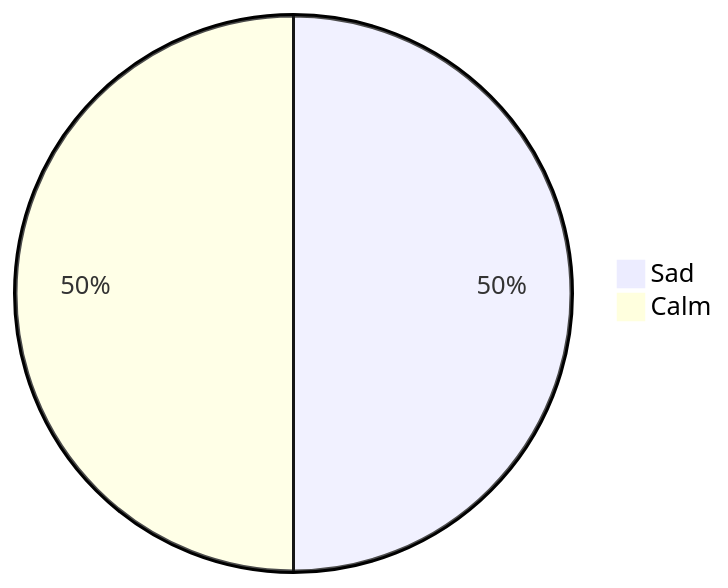
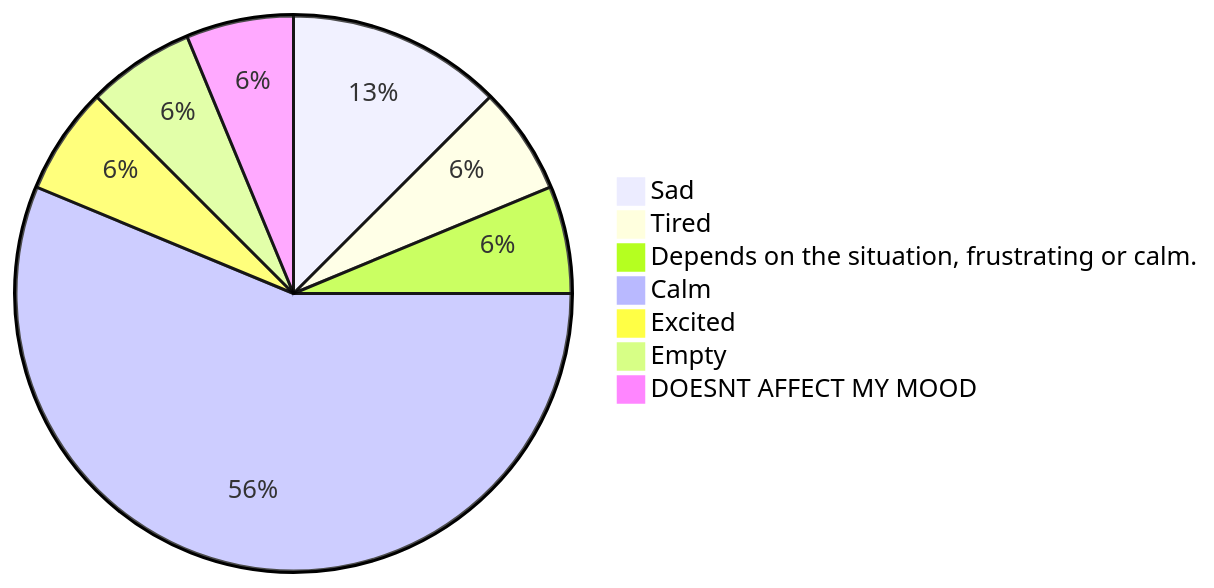
One commit to S4-Smart-mobile/S4-Smart-Mobile changed the first of 17 diagrams in documentation/interviews-surveys/mood-mental-health-survey-V2.md. Above: the diagram before and after it, drawn with Mermaid. The commit also changed other lines of this file, not shown here.

````diff
--- a/documentation/interviews-surveys/mood-mental-health-survey-V2.md
+++ b/documentation/interviews-surveys/mood-mental-health-survey-V2.md
@@ -90,5 +90,10 @@
 ```mermaid
 pie
-"Sad": 1
-"Calm": 1
+"Sad": 2
+"Tired": 1
+"Depends on the situation, frustrating or calm.": 1
+"Calm": 9
+"Excited": 1
+"Empty": 1
+"DOESNT AFFECT MY MOOD": 1
 ```
````
